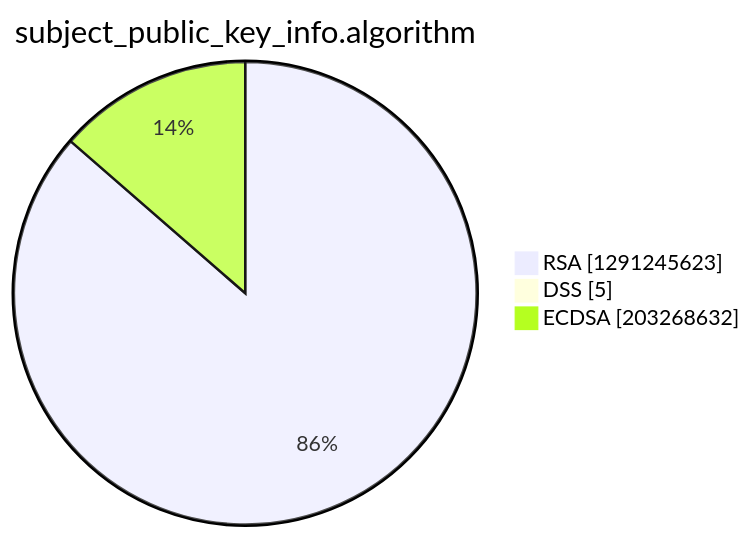
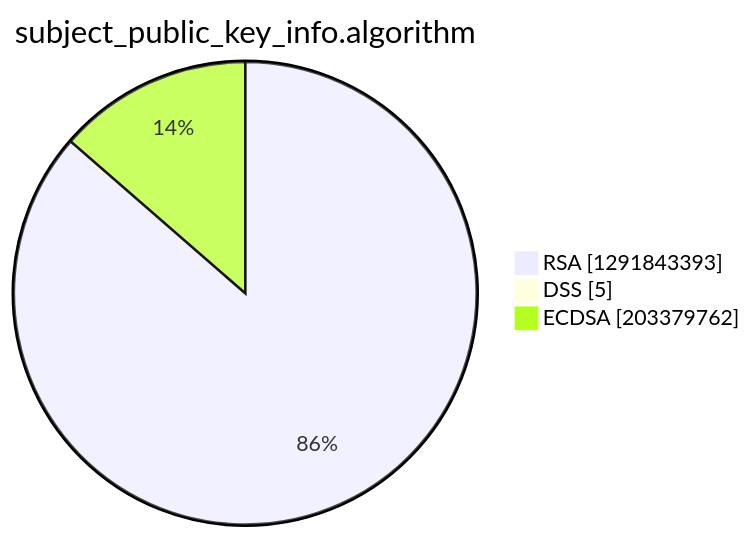
Before and after one commit to christiankrug/ctmonitor_visualization: the third of 15 diagrams in argon2022/README.md, drawn with Mermaid. The commit also changed other lines of this file, not shown here.

````diff
--- a/argon2022/README.md
+++ b/argon2022/README.md
@@ -14,7 +14,7 @@
 ```mermaid
 pie showData
 title subject_public_key_info.algorithm
-"RSA" :1291245623
+"RSA" :1291843393
 "DSS" :5
-"ECDSA" :203268632
+"ECDSA" :203379762
 ```
````
